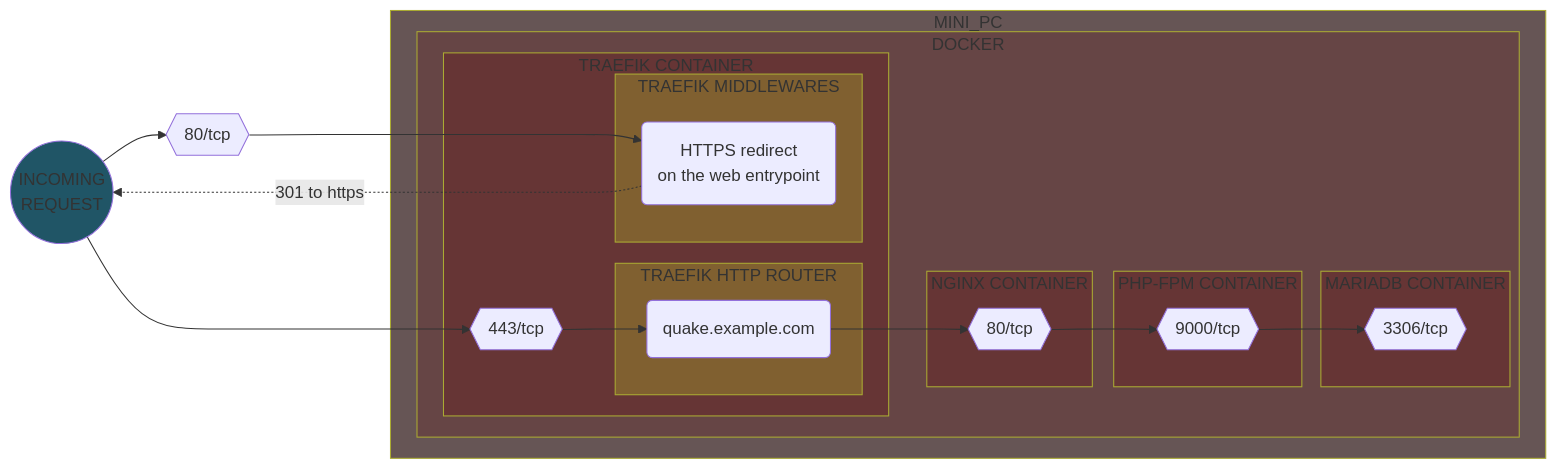
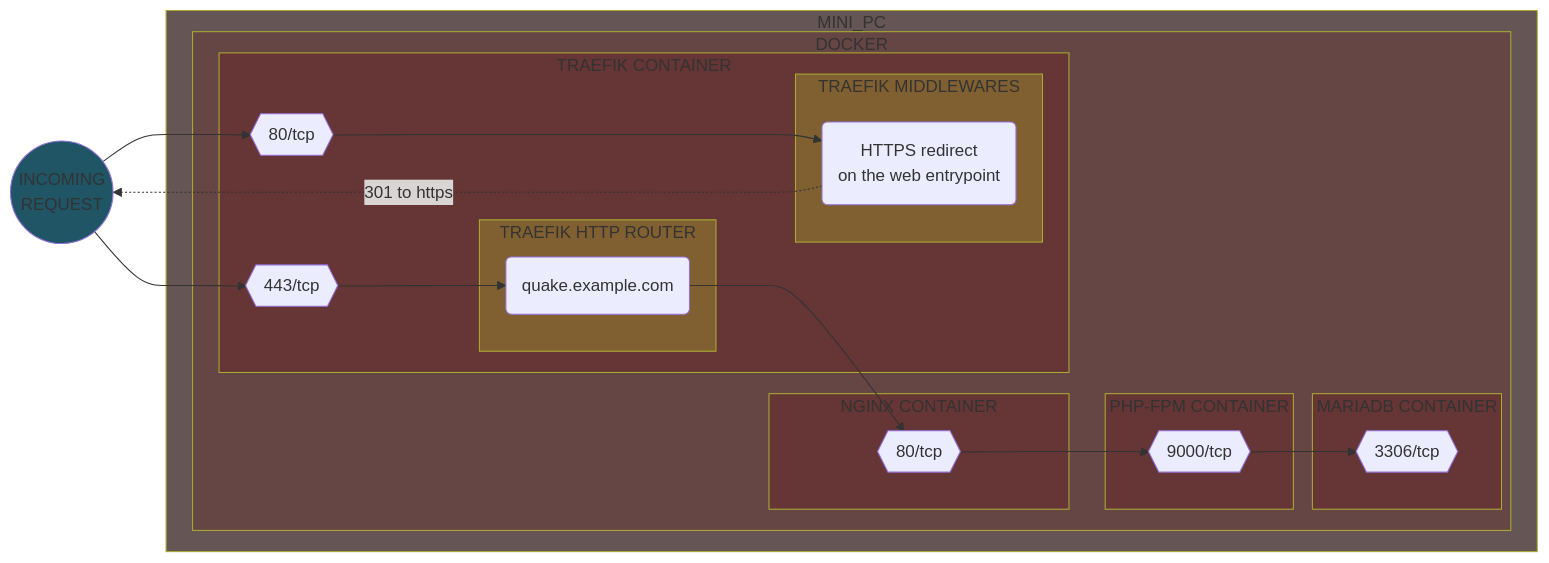
One commit to Yann39/self-hosted-n100 changed diagram 25 of 31 in README.md. Above: the diagram before and after it, drawn with Mermaid. The commit also changed other lines of this file and 1 other file, not shown here.

Commit message:
fixed ccteam network name * fixed diagrams in readme

````diff
--- a/README.md
+++ b/README.md
@@ -6614,57 +6650,58 @@
 ```mermaid
 flowchart LR
     style INCOMING_REQUEST fill: #205566
     style TRAEFIK_CONTAINER fill: #663535
     style NGINX_CONTAINER fill: #663535
     style PHP_CONTAINER fill: #663535
     style MARIADB_CONTAINER fill: #663535
     style TRAEFIK_ROUTER fill: #806030
     style TRAEFIK_MIDDLEWARE fill: #806030
     style SERVER_DEVICE fill: #665555
     style CONTAINER_ENGINE fill: #664545
     DOCKER_TRAEFIK_PORT443{{443/tcp}}
     DOCKER_TRAEFIK_PORT80{{80/tcp}}
     DOCKER_NGINX_PORT{{80/tcp}}
     DOCKER_PHP_PORT{{9000/tcp}}
     DOCKER_MARIADB_PORT{{3306/tcp}}
     TRAEFIK_ROUTER_APP(quake.example.com)
     TRAEFIK_MIDDLEWARE_REDIRECT(HTTPS redirect\non the web entrypoint)
     INCOMING_REQUEST((INCOMING\nREQUEST))
 
     subgraph SERVER_DEVICE[MINI_PC]
         subgraph CONTAINER_ENGINE[DOCKER]
             subgraph NGINX_CONTAINER[NGINX CONTAINER]
                 DOCKER_NGINX_PORT
             end
 
             subgraph PHP_CONTAINER[PHP-FPM CONTAINER]
                 DOCKER_PHP_PORT
             end
 
             subgraph MARIADB_CONTAINER[MARIADB CONTAINER]
                 DOCKER_MARIADB_PORT
             end
 
             subgraph TRAEFIK_CONTAINER[TRAEFIK CONTAINER]
                 DOCKER_TRAEFIK_PORT443
+                DOCKER_TRAEFIK_PORT80
 
                 subgraph TRAEFIK_ROUTER[TRAEFIK HTTP ROUTER]
                     TRAEFIK_ROUTER_APP
                 end
 
                 subgraph TRAEFIK_MIDDLEWARE[TRAEFIK MIDDLEWARES]
                     TRAEFIK_MIDDLEWARE_REDIRECT
                 end
             end
         end
     end
 
     INCOMING_REQUEST --> DOCKER_TRAEFIK_PORT443
     INCOMING_REQUEST --> DOCKER_TRAEFIK_PORT80
     DOCKER_TRAEFIK_PORT443 --> TRAEFIK_ROUTER_APP
     DOCKER_TRAEFIK_PORT80 ---> TRAEFIK_MIDDLEWARE_REDIRECT
     TRAEFIK_MIDDLEWARE_REDIRECT -.->|301 to https| INCOMING_REQUEST
     TRAEFIK_ROUTER_APP --> DOCKER_NGINX_PORT
     DOCKER_NGINX_PORT --> DOCKER_PHP_PORT
     DOCKER_PHP_PORT --> DOCKER_MARIADB_PORT
 ```
````
